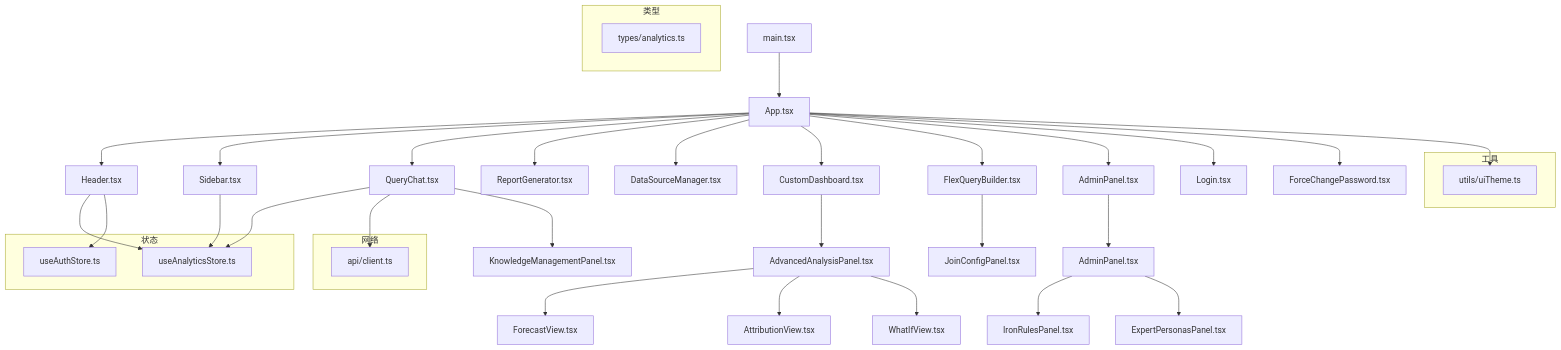
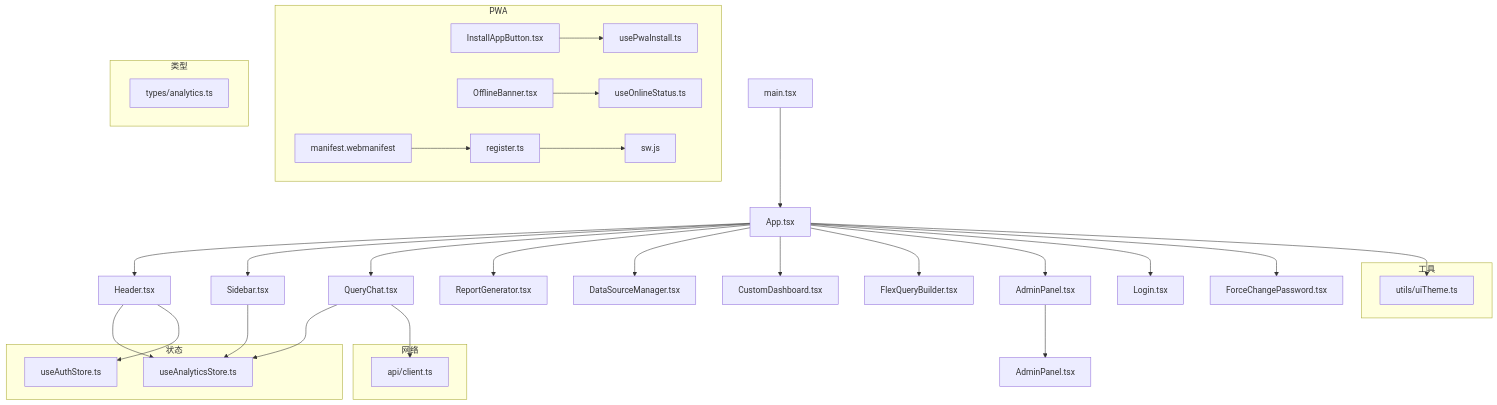
One commit to dgjin/smart-data-analytics changed the first of 15 diagrams in .qoder/repowiki/zh/content/前端应用/前端应用.md. Above: the diagram before and after it, drawn with Mermaid. The commit also changed other lines of this file and 146 other files, not shown here.

````diff
--- a/.qoder/repowiki/zh/content/前端应用/前端应用.md
+++ b/.qoder/repowiki/zh/content/前端应用/前端应用.md
@@ -72,42 +84,47 @@
 ```mermaid
 graph TB
 A["main.tsx"] --> B["App.tsx"]
 B --> C["Header.tsx"]
 B --> D["Sidebar.tsx"]
 B --> E["QueryChat.tsx"]
 B --> F["ReportGenerator.tsx"]
 B --> G["DataSourceManager.tsx"]
 B --> H["CustomDashboard.tsx"]
 B --> I["FlexQueryBuilder.tsx"]
 B --> J["AdminPanel.tsx"]
 B --> K["Login.tsx"]
 B --> L["ForceChangePassword.tsx"]
 subgraph "状态"
 M["useAnalyticsStore.ts"]
 N["useAuthStore.ts"]
 end
+subgraph "PWA"
+O["register.ts"]
+P["usePwaInstall.ts"]
+Q["useOnlineStatus.ts"]
+R["InstallAppButton.tsx"]
+S["OfflineBanner.tsx"]
+T["manifest.webmanifest"]
+U["sw.js"]
+end
 subgraph "网络"
-O["api/client.ts"]
+V["api/client.ts"]
 end
 subgraph "类型"
-P["types/analytics.ts"]
+W["types/analytics.ts"]
 end
 subgraph "工具"
-Q["utils/uiTheme.ts"]
+X["utils/uiTheme.ts"]
 end
 C --> M
 C --> N
 D --> M
 E --> M
-E --> O
-B --> Q
-J --> R["AdminPanel.tsx"]
-R --> S["IronRulesPanel.tsx"]
-R --> T["ExpertPersonasPanel.tsx"]
-E --> U["KnowledgeManagementPanel.tsx"]
-I --> V["JoinConfigPanel.tsx"]
-H --> W["AdvancedAnalysisPanel.tsx"]
-W --> X["ForecastView.tsx"]
-W --> Y["AttributionView.tsx"]
-W --> Z["WhatIfView.tsx"]
+E --> V
+B --> X
+J --> Y["AdminPanel.tsx"]
+R --> P
+S --> Q
+O --> U
+T --> O
 ```
````
